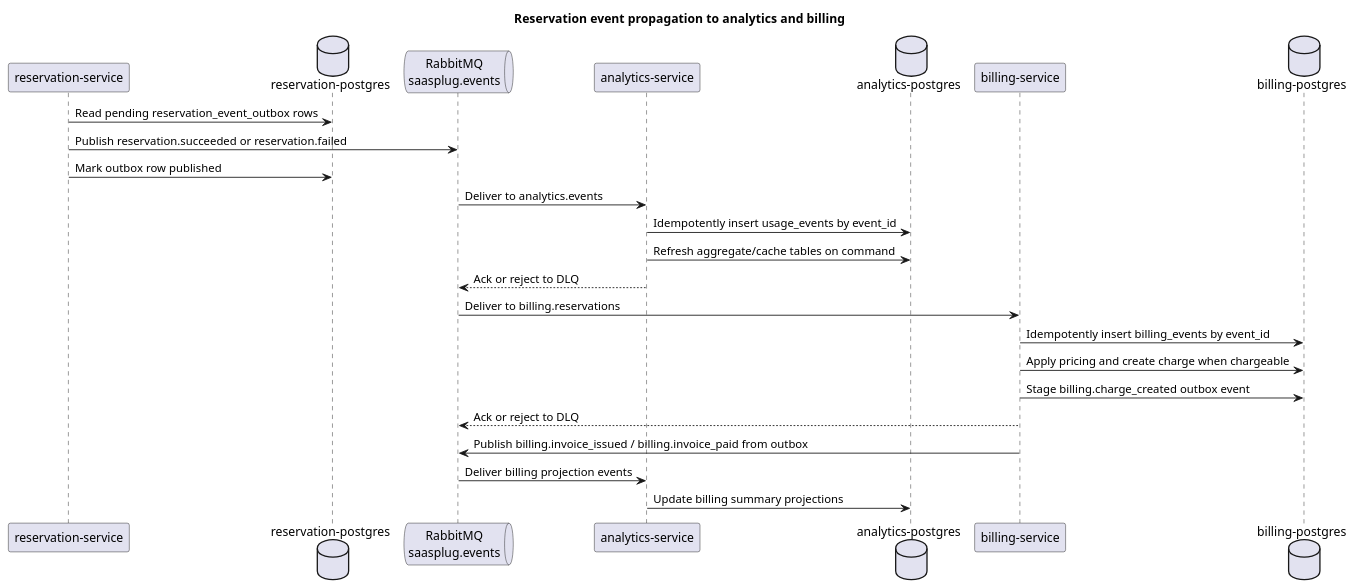
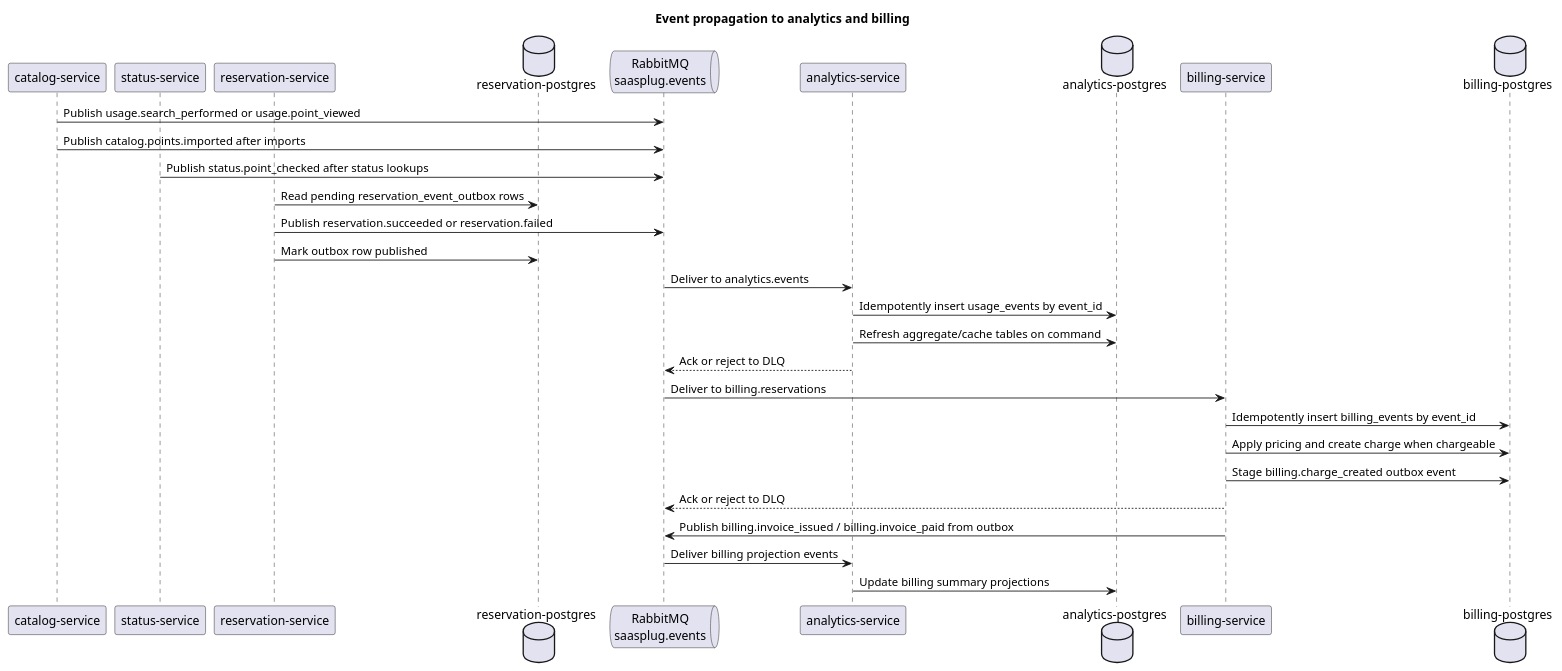
The diagram in docs/diagrams/final/sequence-analytics-billing-events.puml (ntua-el21026/ntua-saasplug), drawn with PlantUML before and after one commit. The commit also changed 66 other files, not shown here.

```diff
--- a/docs/diagrams/final/sequence-analytics-billing-events.puml
+++ b/docs/diagrams/final/sequence-analytics-billing-events.puml
@@ -1,31 +1,37 @@
 @startuml
-title Reservation event propagation to analytics and billing
+title Event propagation to analytics and billing
 
+participant "catalog-service" as Catalog
+participant "status-service" as Status
 participant "reservation-service" as Reservation
 database "reservation-postgres" as ReservationDb
 queue "RabbitMQ\nsaasplug.events" as RabbitMQ
 participant "analytics-service" as Analytics
 database "analytics-postgres" as AnalyticsDb
 participant "billing-service" as Billing
 database "billing-postgres" as BillingDb
+
+Catalog -> RabbitMQ : Publish usage.search_performed or usage.point_viewed
+Catalog -> RabbitMQ : Publish catalog.points.imported after imports
+Status -> RabbitMQ : Publish status.point_checked after status lookups
 
 Reservation -> ReservationDb : Read pending reservation_event_outbox rows
 Reservation -> RabbitMQ : Publish reservation.succeeded or reservation.failed
 Reservation -> ReservationDb : Mark outbox row published
 
 RabbitMQ -> Analytics : Deliver to analytics.events
 Analytics -> AnalyticsDb : Idempotently insert usage_events by event_id
 Analytics -> AnalyticsDb : Refresh aggregate/cache tables on command
 Analytics --> RabbitMQ : Ack or reject to DLQ
 
 RabbitMQ -> Billing : Deliver to billing.reservations
 Billing -> BillingDb : Idempotently insert billing_events by event_id
 Billing -> BillingDb : Apply pricing and create charge when chargeable
 Billing -> BillingDb : Stage billing.charge_created outbox event
 Billing --> RabbitMQ : Ack or reject to DLQ
 
 Billing -> RabbitMQ : Publish billing.invoice_issued / billing.invoice_paid from outbox
 RabbitMQ -> Analytics : Deliver billing projection events
 Analytics -> AnalyticsDb : Update billing summary projections
 
 @enduml
```
